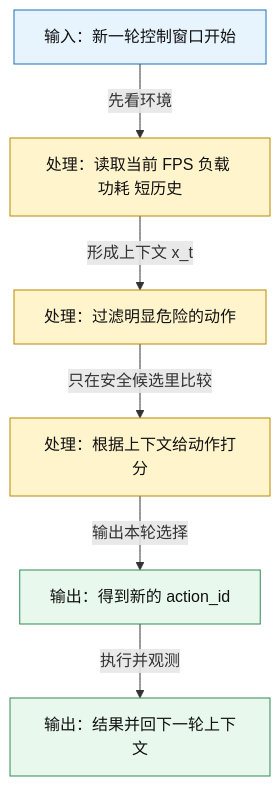
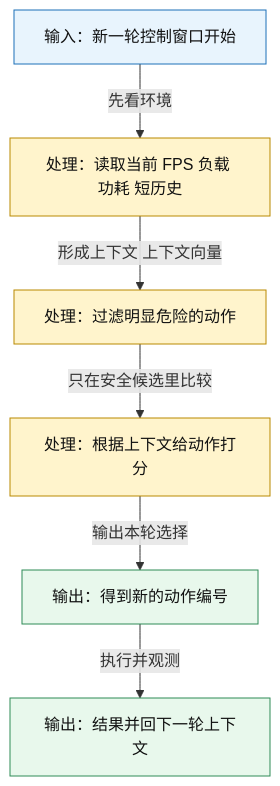
The seventh of 7 diagrams in learn/04_Multi_Armed_Bandits.md (Mrphase/RL-Doc), drawn with Mermaid before and after one commit. The commit also changed other lines of this file and 14 other files, not shown here.

First line of the commit message:
fix: clean mermaid labels in learn docs

````diff
--- a/learn/04_Multi_Armed_Bandits.md
+++ b/learn/04_Multi_Armed_Bandits.md
@@ -712,16 +712,16 @@
 ```mermaid
 flowchart TD
     A[输入：新一轮控制窗口开始] -->|先看环境| B[处理：读取当前 FPS 负载 功耗 短历史]
-    B -->|形成上下文 x_t| C[处理：过滤明显危险的动作]
+    B -->|形成上下文 上下文向量| C[处理：过滤明显危险的动作]
     C -->|只在安全候选里比较| D[处理：根据上下文给动作打分]
-    D -->|输出本轮选择| E[输出：得到新的 action_id]
+    D -->|输出本轮选择| E[输出：得到新的动作编号]
     E -->|执行并观测| F[输出：结果并回下一轮上下文]
 
     classDef input fill:#E8F4FD,stroke:#1D70B8,color:#111;
     classDef process fill:#FFF4CC,stroke:#B98900,color:#111;
     classDef output fill:#E8F8EC,stroke:#2E8B57,color:#111;
 
     class A input;
     class B,C,D process;
     class E,F output;
 ```
````
